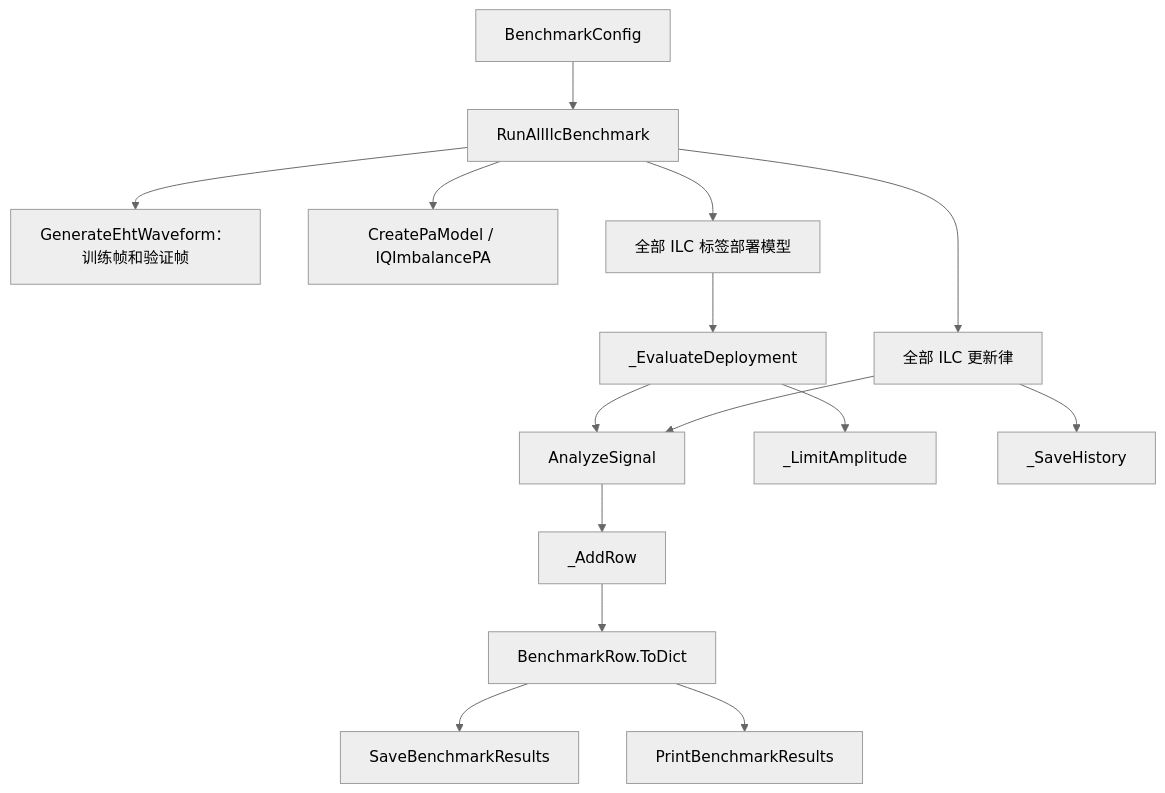
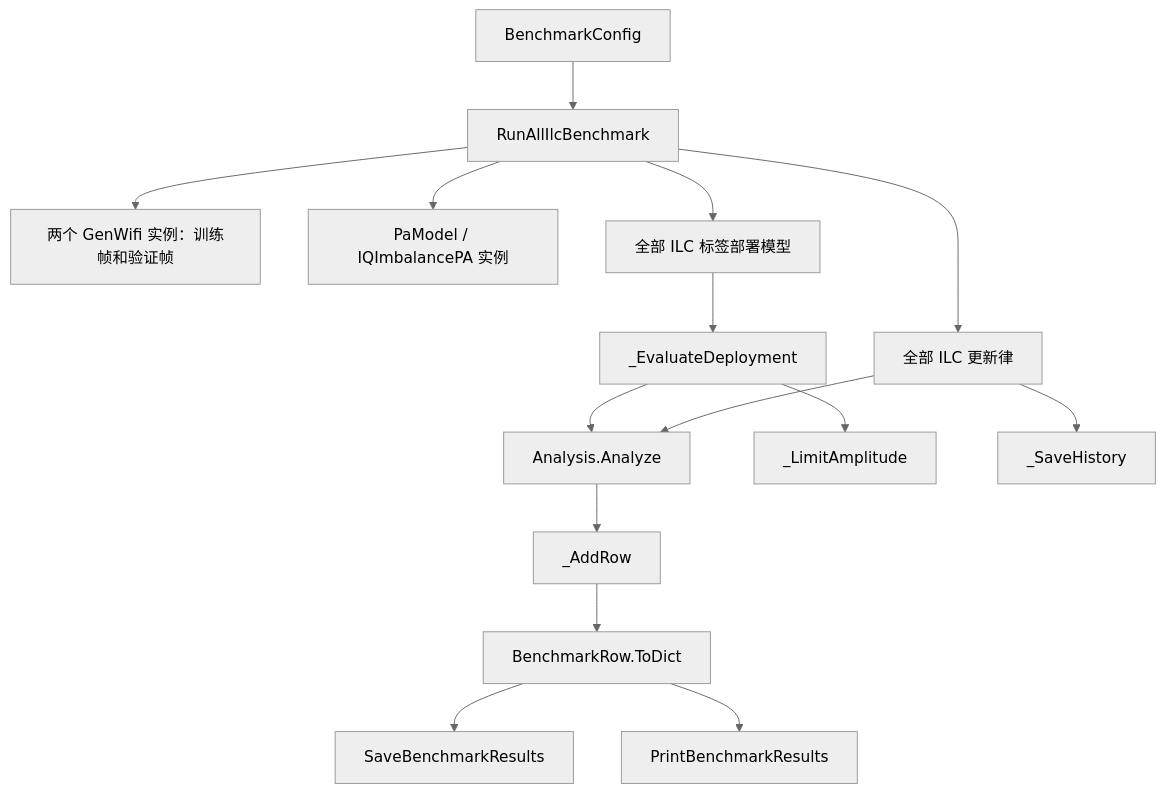
Before and after one commit to niyilu45/DPD_ILC: the eighth of 9 diagrams in README.md, drawn with Mermaid (neutral theme). The commit also changed other lines of this file and 8 other files, not shown here.

````diff
--- a/README.md
+++ b/README.md
@@ -267,19 +281,19 @@
 ```mermaid
 flowchart TD
     config["BenchmarkConfig"] --> run["RunAllIlcBenchmark"]
-    run --> waveform["GenerateEhtWaveform：训练帧和验证帧"]
-    run --> pa["CreatePaModel / IQImbalancePA"]
+    run --> waveform["两个 GenWifi 实例：训练帧和验证帧"]
+    run --> pa["PaModel / IQImbalancePA 实例"]
     run --> ilc["全部 ILC 更新律"]
     run --> deploy["全部 ILC 标签部署模型"]
 
-    ilc --> evaluate["AnalyzeSignal"]
+    ilc --> evaluate["Analysis.Analyze"]
     deploy --> deploymentEval["_EvaluateDeployment"]
     deploymentEval --> limit["_LimitAmplitude"]
     deploymentEval --> evaluate
 
     evaluate --> addRow["_AddRow"]
     addRow --> row["BenchmarkRow.ToDict"]
     ilc --> history["_SaveHistory"]
     row --> save["SaveBenchmarkResults"]
     row --> print["PrintBenchmarkResults"]
 ```
````
